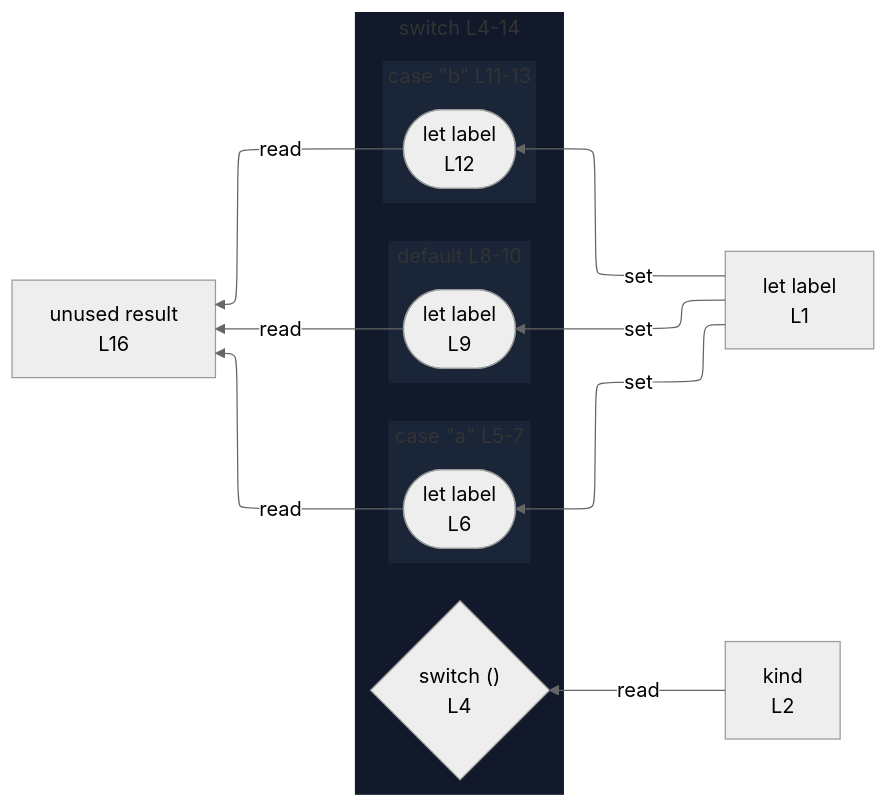
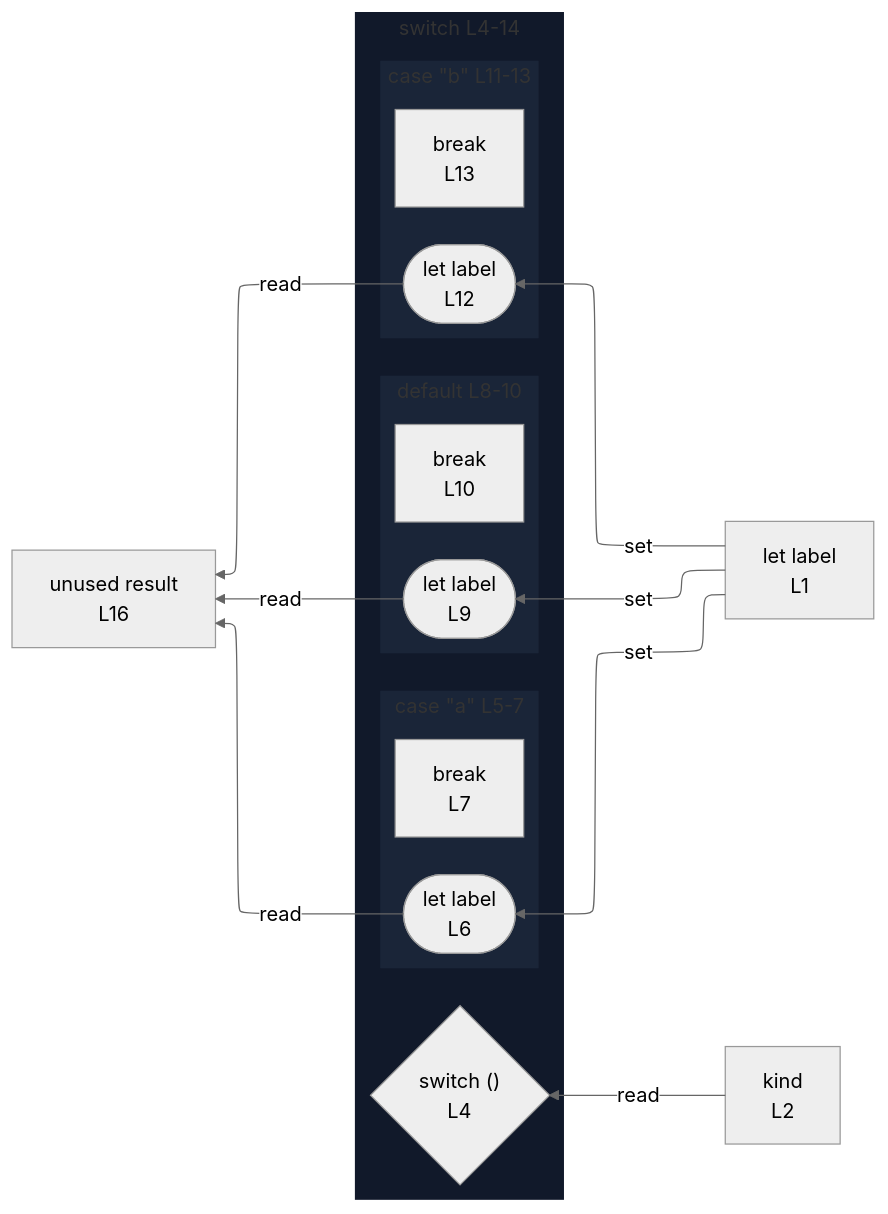
The diagram in integration/fixtures/switch-statement/default-middle/preview.md (crescware/unsnarl), drawn with Mermaid (neutral theme) before and after one commit. The commit also changed 352 other files, not shown here.

````diff
--- a/integration/fixtures/switch-statement/default-middle/preview.md
+++ b/integration/fixtures/switch-statement/default-middle/preview.md
@@ -26,36 +26,39 @@
 ```mermaid
 %%{init: {"flowchart": {"defaultRenderer": "elk"}}}%%
 flowchart RL
   n_scope_0_label_4["let label<br/>L1"]
   n_scope_0_kind_22["kind<br/>L2"]
   n_scope_0_result_190["unused result<br/>L16"]
   subgraph s_scope_1["switch L4-14"]
     direction RL
     switch_discriminant_scope_0_35{"switch ()<br/>L4"}
     subgraph s_scope_2["case &quot;a&quot; L5-7"]
       direction RL
       wr_ref_3(["let label<br/>L6"])
+      bc_break_88["break<br/>L7"]
     end
     subgraph s_scope_3["default L8-10"]
       direction RL
       wr_ref_4(["let label<br/>L9"])
+      bc_break_131["break<br/>L10"]
     end
     subgraph s_scope_4["case &quot;b&quot; L11-13"]
       direction RL
       wr_ref_5(["let label<br/>L12"])
+      bc_break_174["break<br/>L13"]
     end
   end
   n_scope_0_label_4 -->|set| wr_ref_3
   n_scope_0_label_4 -->|set| wr_ref_4
   n_scope_0_label_4 -->|set| wr_ref_5
   n_scope_0_kind_22 -->|read| switch_discriminant_scope_0_35
   wr_ref_3 -->|read| n_scope_0_result_190
   wr_ref_4 -->|read| n_scope_0_result_190
   wr_ref_5 -->|read| n_scope_0_result_190
   classDef nestL1 fill:#11192a,stroke:transparent;
   class s_scope_1 nestL1;
   classDef nestL2 fill:#1a2538,stroke:transparent;
   class s_scope_2 nestL2;
   class s_scope_3 nestL2;
   class s_scope_4 nestL2;
 ```
````
